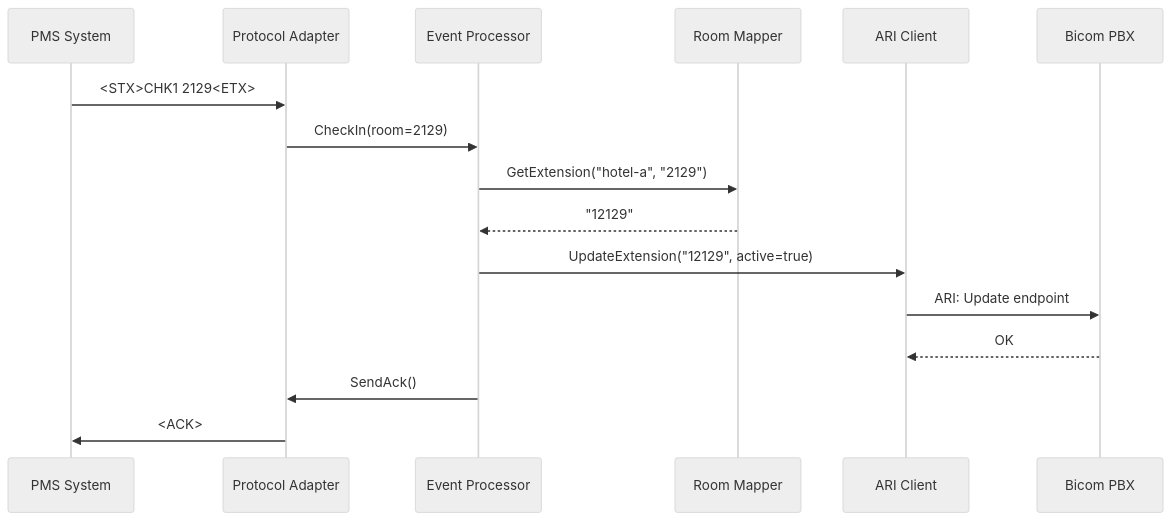
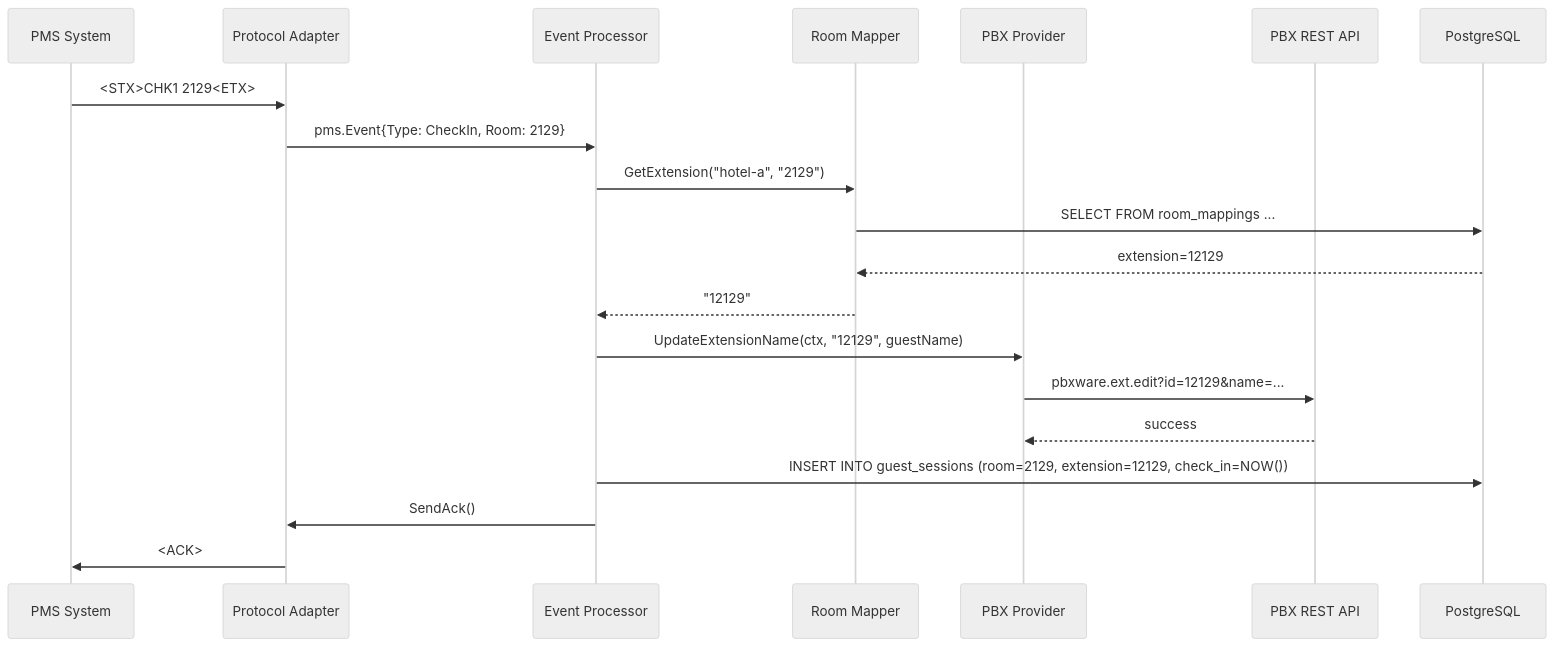
Before and after one commit to sagostin/pbx-hospitality: the third of 7 diagrams in docs/architecture.md, drawn with Mermaid (neutral theme). The commit also changed other lines of this file and 30 other files, not shown here.

````diff
--- a/docs/architecture.md
+++ b/docs/architecture.md
@@ -308,19 +327,23 @@
 ```mermaid
 sequenceDiagram
     participant PMS as PMS System
     participant Adapter as Protocol Adapter
     participant Processor as Event Processor
     participant Mapper as Room Mapper
-    participant ARI as ARI Client
-    participant PBX as Bicom PBX
+    participant PBX as PBX Provider
+    participant REST as PBX REST API
+    participant DB as PostgreSQL
 
     PMS->>Adapter: <STX>CHK1 2129<ETX>
-    Adapter->>Processor: CheckIn(room=2129)
+    Adapter->>Processor: pms.Event{Type: CheckIn, Room: 2129}
     Processor->>Mapper: GetExtension("hotel-a", "2129")
+    Mapper->>DB: SELECT FROM room_mappings ...
+    DB-->>Mapper: extension=12129
     Mapper-->>Processor: "12129"
-    Processor->>ARI: UpdateExtension("12129", active=true)
-    ARI->>PBX: ARI: Update endpoint
-    PBX-->>ARI: OK
+    Processor->>PBX: UpdateExtensionName(ctx, "12129", guestName)
+    PBX->>REST: pbxware.ext.edit?id=12129&name=...
+    REST-->>PBX: success
+    Processor->>DB: INSERT INTO guest_sessions (room=2129, extension=12129, check_in=NOW())
     Processor->>Adapter: SendAck()
     Adapter->>PMS: <ACK>
 ```
````
